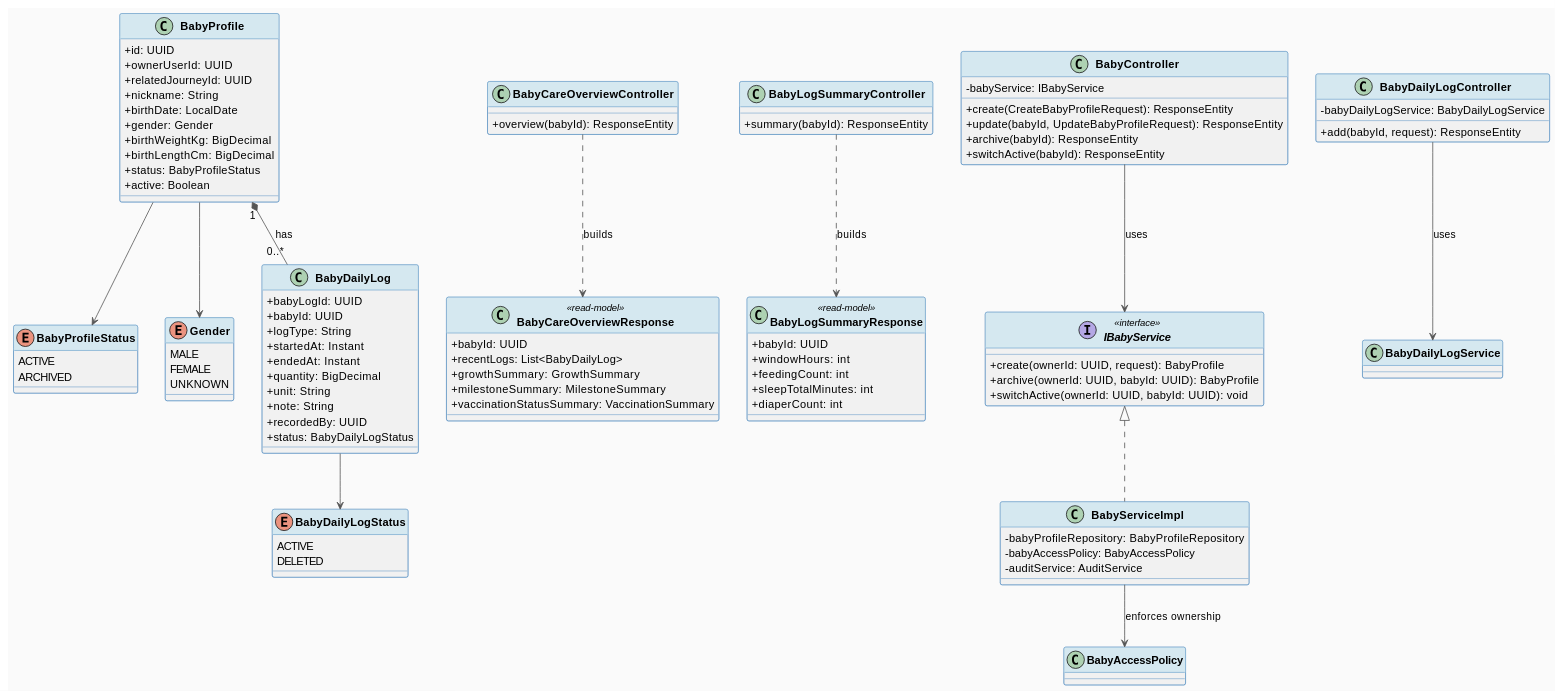
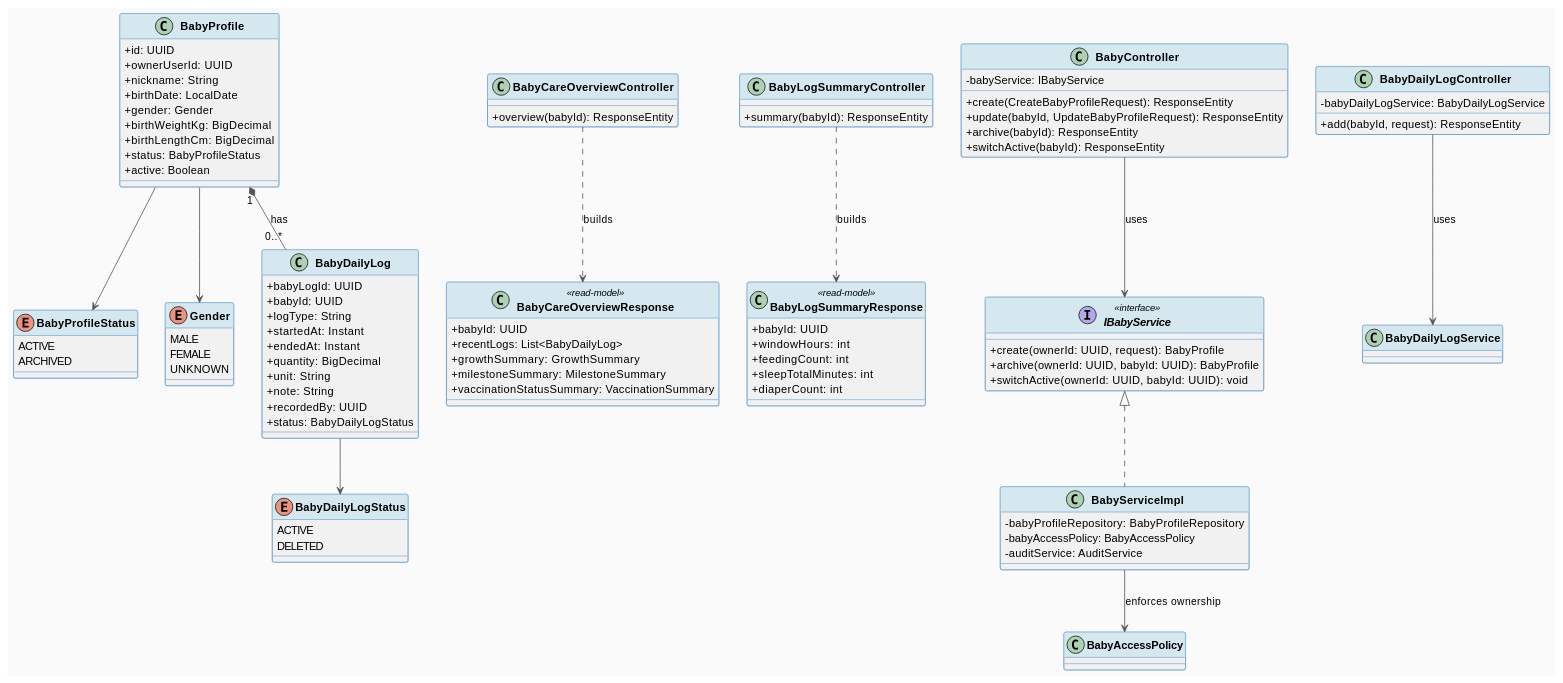
The first of 3 diagrams in docs/Detailed_Design/MF03_Baby_Care_Growth_Vaccination/01_Baby_Profile_Daily_Care_Overview.md (ChuongBDHE172784/CareBridge_SEP490_G79), drawn with PlantUML before and after one commit. The commit also changed 576 other files, not shown here.

```diff
--- a/docs/Detailed_Design/MF03_Baby_Care_Growth_Vaccination/01_Baby_Profile_Daily_Care_Overview.md
+++ b/docs/Detailed_Design/MF03_Baby_Care_Growth_Vaccination/01_Baby_Profile_Daily_Care_Overview.md
@@ -34,7 +34,6 @@
 class BabyProfile {
   + id: UUID
   + ownerUserId: UUID
-  + relatedJourneyId: UUID
   + nickname: String
   + birthDate: LocalDate
   + gender: Gender
```
